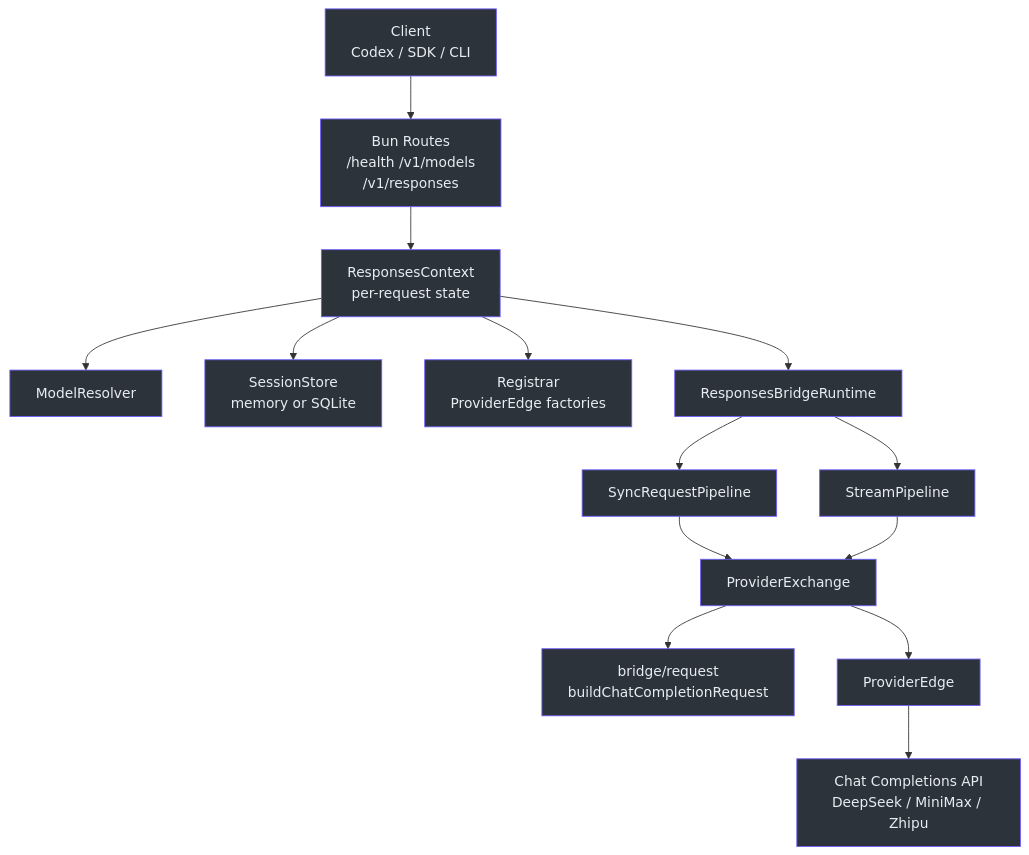
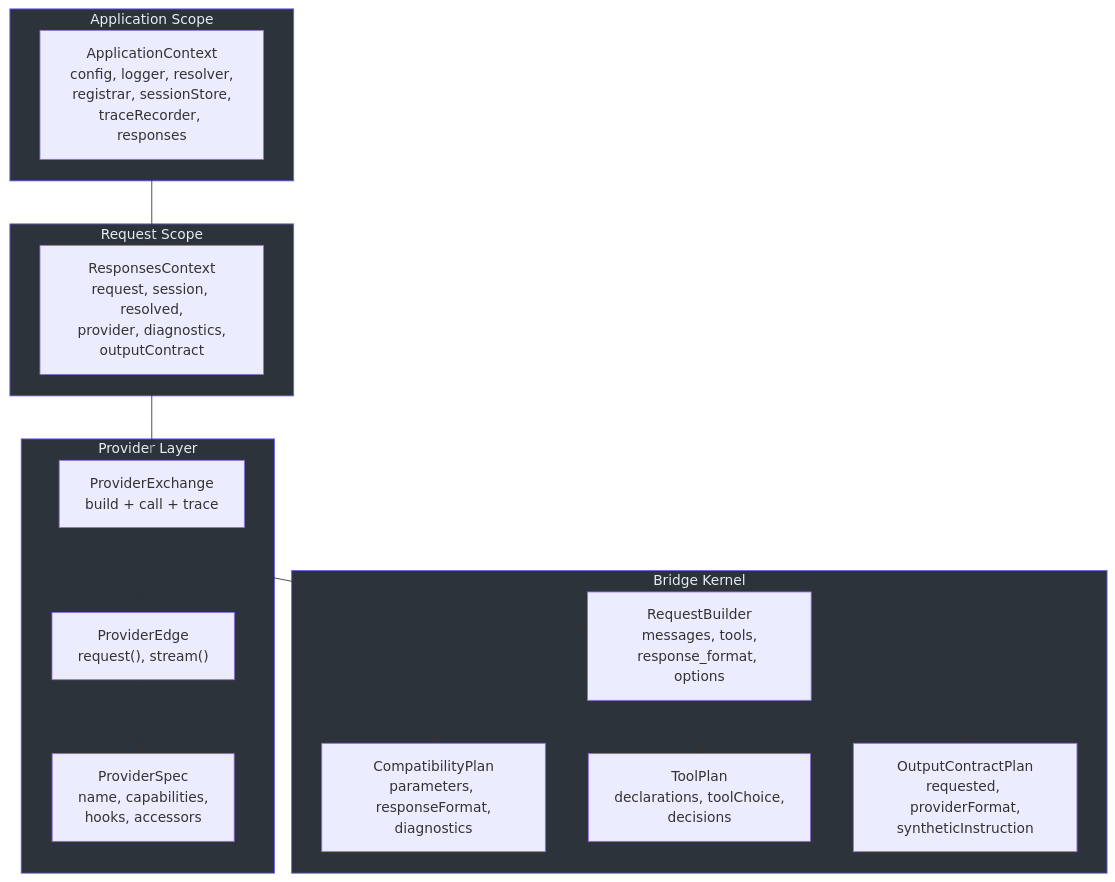
The first of 2 diagrams in wiki/onboarding/contributor-guide.md (zamelee/GodeX), drawn with Mermaid before and after one commit. The commit also changed other lines of this file and 120 other files, not shown here.

Commit message:
docs: comprehensive VitePress wiki with dark theme, EN/ZH sync, and Mermaid fixes (#118)

````diff
--- a/wiki/onboarding/contributor-guide.md
+++ b/wiki/onboarding/contributor-guide.md
@@ -88,30 +231,37 @@
 ```mermaid
 graph TB
-  Client["Client<br>Codex / SDK / CLI"] --> Routes["Bun Routes<br>/health /v1/models<br>/v1/responses"]
-  Routes --> Ctx["ResponsesContext<br>per-request state"]
-  Ctx --> Resolver["ModelResolver"]
-  Ctx --> Session["SessionStore<br>memory or SQLite"]
-  Ctx --> Registrar["Registrar<br>ProviderEdge factories"]
-  Ctx --> Runtime["ResponsesBridgeRuntime"]
-  Runtime --> Sync["SyncRequestPipeline"]
-  Runtime --> Stream["StreamPipeline"]
-  Sync --> Exchange["ProviderExchange"]
-  Stream --> Exchange
-  Exchange --> Builder["bridge/request<br>buildChatCompletionRequest"]
-  Exchange --> Edge["ProviderEdge"]
-  Edge --> Upstream["Chat Completions API<br>DeepSeek / MiniMax / Zhipu"]
+  subgraph ApplicationScope["Application Scope"]
+    AppCtx["ApplicationContext<br>config, logger, resolver,<br>registrar, sessionStore,<br>traceRecorder, responses"]
+  end
 
-  style Client fill:#2d333b,stroke:#6d5dfc,color:#e6edf3
-  style Routes fill:#2d333b,stroke:#6d5dfc,color:#e6edf3
-  style Ctx fill:#2d333b,stroke:#6d5dfc,color:#e6edf3
-  style Runtime fill:#2d333b,stroke:#6d5dfc,color:#e6edf3
-  style Exchange fill:#2d333b,stroke:#6d5dfc,color:#e6edf3
-  style Edge fill:#2d333b,stroke:#6d5dfc,color:#e6edf3
-  style Upstream fill:#2d333b,stroke:#6d5dfc,color:#e6edf3
-  style Builder fill:#2d333b,stroke:#6d5dfc,color:#e6edf3
-  style Resolver fill:#2d333b,stroke:#6d5dfc,color:#e6edf3
-  style Session fill:#2d333b,stroke:#6d5dfc,color:#e6edf3
-  style Registrar fill:#2d333b,stroke:#6d5dfc,color:#e6edf3
-  style Sync fill:#2d333b,stroke:#6d5dfc,color:#e6edf3
-  style Stream fill:#2d333b,stroke:#6d5dfc,color:#e6edf3
+  subgraph RequestScope["Request Scope"]
+    RspCtx["ResponsesContext<br>request, session, resolved,<br>provider, diagnostics,<br>outputContract"]
+  end
+
+  subgraph BridgeKernel["Bridge Kernel"]
+    Compat["CompatibilityPlan<br>parameters, responseFormat,<br>diagnostics"]
+    ToolPlan["ToolPlan<br>declarations, toolChoice,<br>decisions"]
+    OutputPlan["OutputContractPlan<br>requested, providerFormat,<br>syntheticInstruction"]
+    ReqBuilder["RequestBuilder<br>messages, tools,<br>response_format, options"]
+  end
+
+  subgraph ProviderLayer["Provider Layer"]
+    Exchange["ProviderExchange<br>build + call + trace"]
+    Edge["ProviderEdge<br>request(), stream()"]
+    Spec["ProviderSpec<br>name, capabilities,<br>hooks, accessors"]
+  end
+
+  AppCtx --> RspCtx
+  RspCtx --> Exchange
+  Exchange --> ReqBuilder
+  ReqBuilder --> Compat
+  ReqBuilder --> ToolPlan
+  ReqBuilder --> OutputPlan
+  Exchange --> Edge
+  Edge --> Spec
+
+  style ApplicationScope fill:#2d333b,stroke:#6d5dfc,color:#e6edf3
+  style RequestScope fill:#2d333b,stroke:#6d5dfc,color:#e6edf3
+  style BridgeKernel fill:#2d333b,stroke:#6d5dfc,color:#e6edf3
+  style ProviderLayer fill:#2d333b,stroke:#6d5dfc,color:#e6edf3
 ```
````
